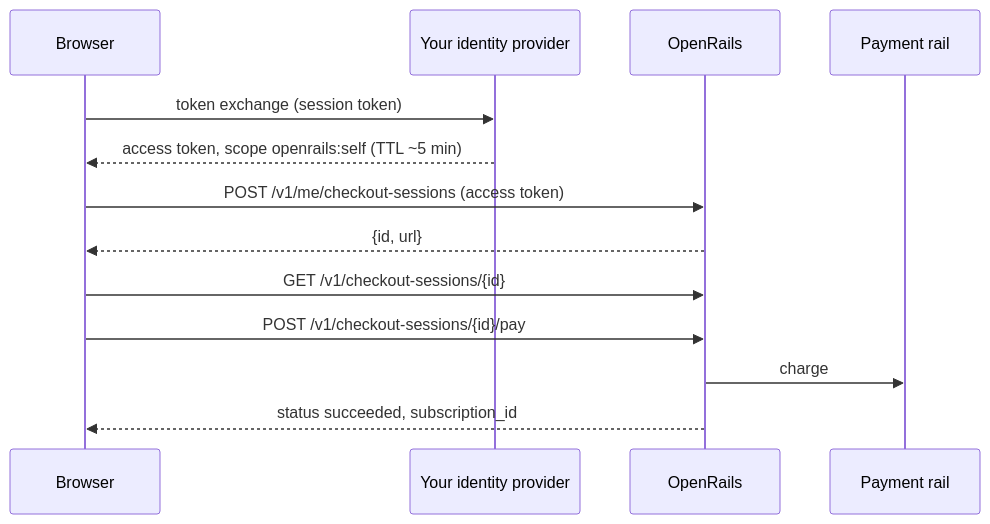
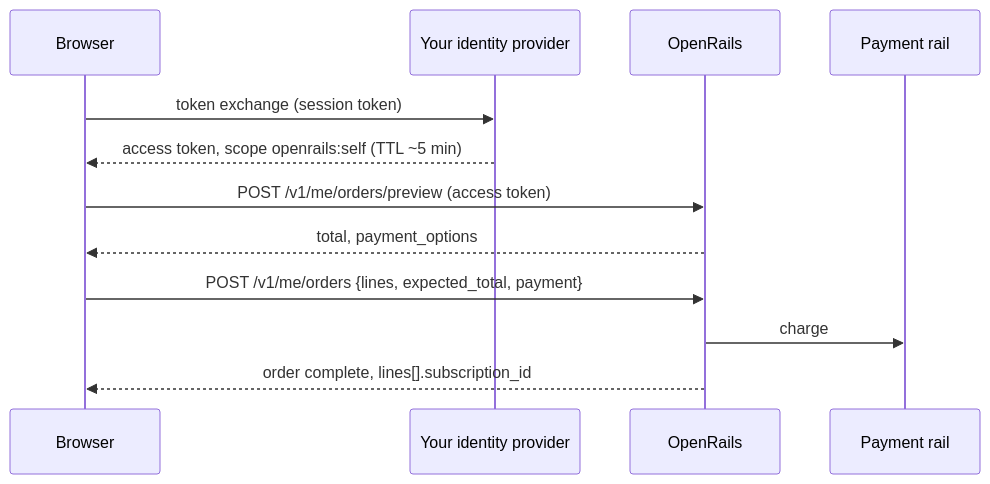
One commit to open-rails/openrails changed the diagram in docs/frontend-integration.md. Above: the diagram before and after it, drawn with Mermaid. The commit also changed other lines of this file and 237 other files, not shown here.

````diff
--- a/docs/frontend-integration.md
+++ b/docs/frontend-integration.md
@@ -229,15 +223,14 @@
 ```mermaid
 sequenceDiagram
     participant B as Browser
     participant Y as Your identity provider
     participant O as OpenRails
     participant P as Payment rail
     B->>Y: token exchange (session token)
     Y-->>B: access token, scope openrails:self (TTL ~5 min)
-    B->>O: POST /v1/me/checkout-sessions (access token)
-    O-->>B: {id, url}
-    B->>O: GET /v1/checkout-sessions/{id}
-    B->>O: POST /v1/checkout-sessions/{id}/pay
+    B->>O: POST /v1/me/orders/preview (access token)
+    O-->>B: total, payment_options
+    B->>O: POST /v1/me/orders {lines, expected_total, payment}
     O->>P: charge
-    O-->>B: status succeeded, subscription_id
+    O-->>B: order complete, lines[].subscription_id
 ```
````
